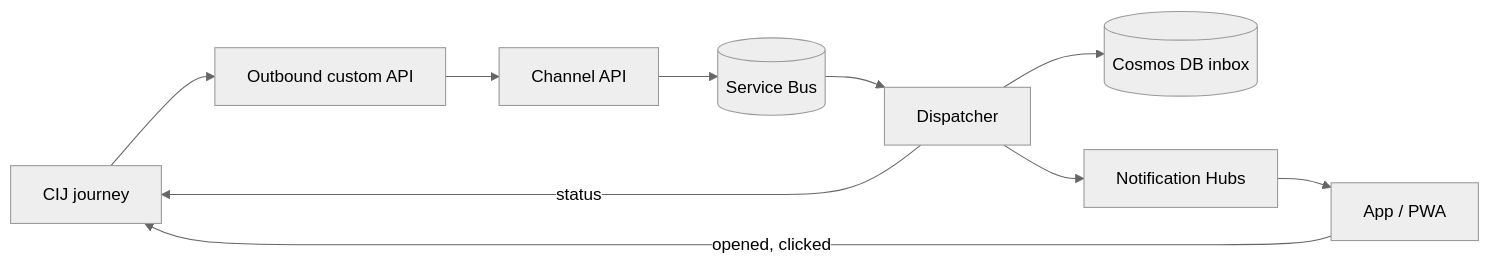
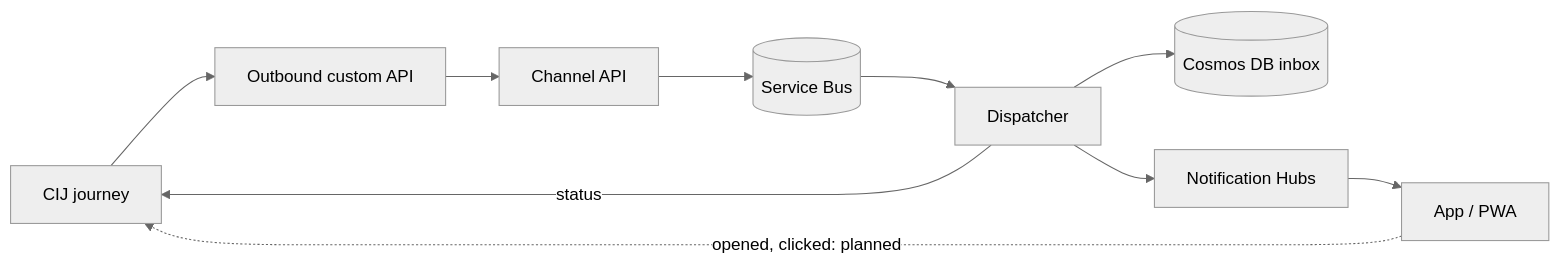
Before and after one commit to alexander-you/cij-push-inbox-custom-channel: the diagram in README.md, drawn with Mermaid (neutral theme). The commit also changed other lines of this file, not shown here.

Commit message:
README: clarify delivery reporting; opens/clicks and native platforms planned

````diff
--- a/README.md
+++ b/README.md
@@ -11,8 +11,8 @@
 ```mermaid
 flowchart LR
   J[CIJ journey] --> P[Outbound custom API] --> C[Channel API] --> Q[(Service Bus)] --> D[Dispatcher]
   D --> I[(Cosmos DB inbox)]
   D --> N[Notification Hubs] --> A[App / PWA]
   D -->|status| J
-  A -->|opened, clicked| J
+  A -.->|opened, clicked: planned| J
 ```
````
